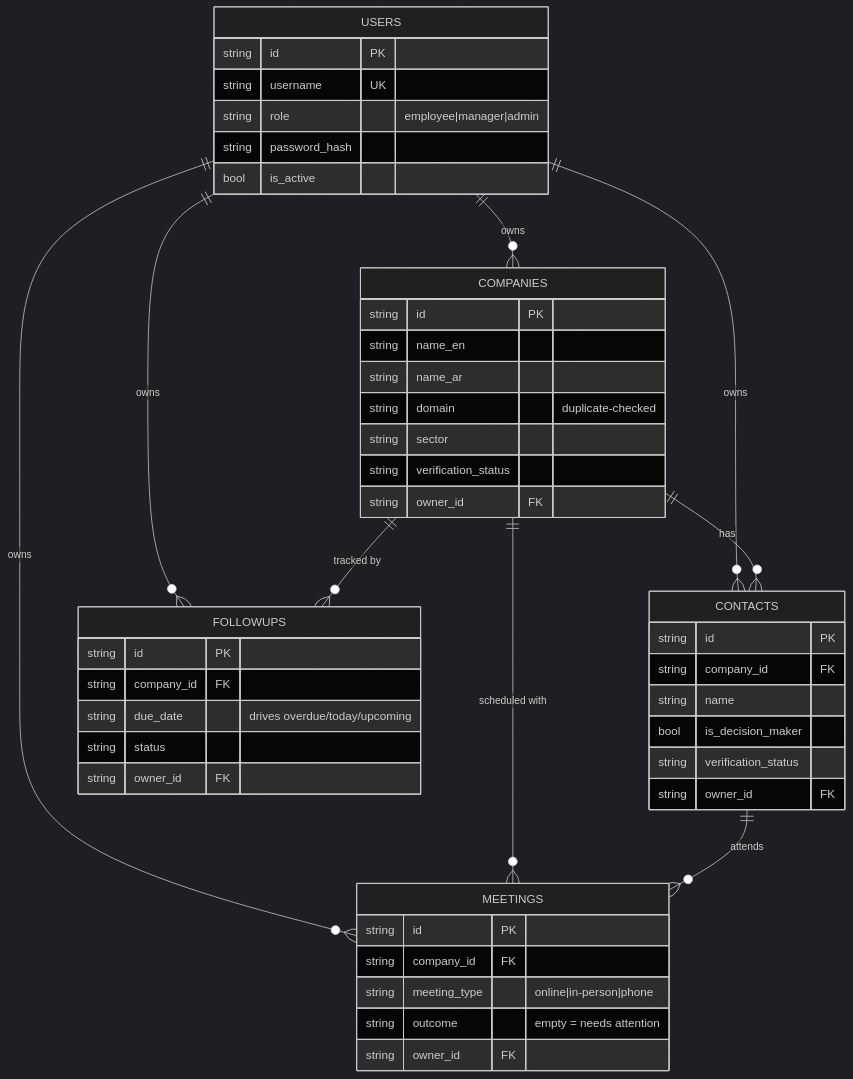
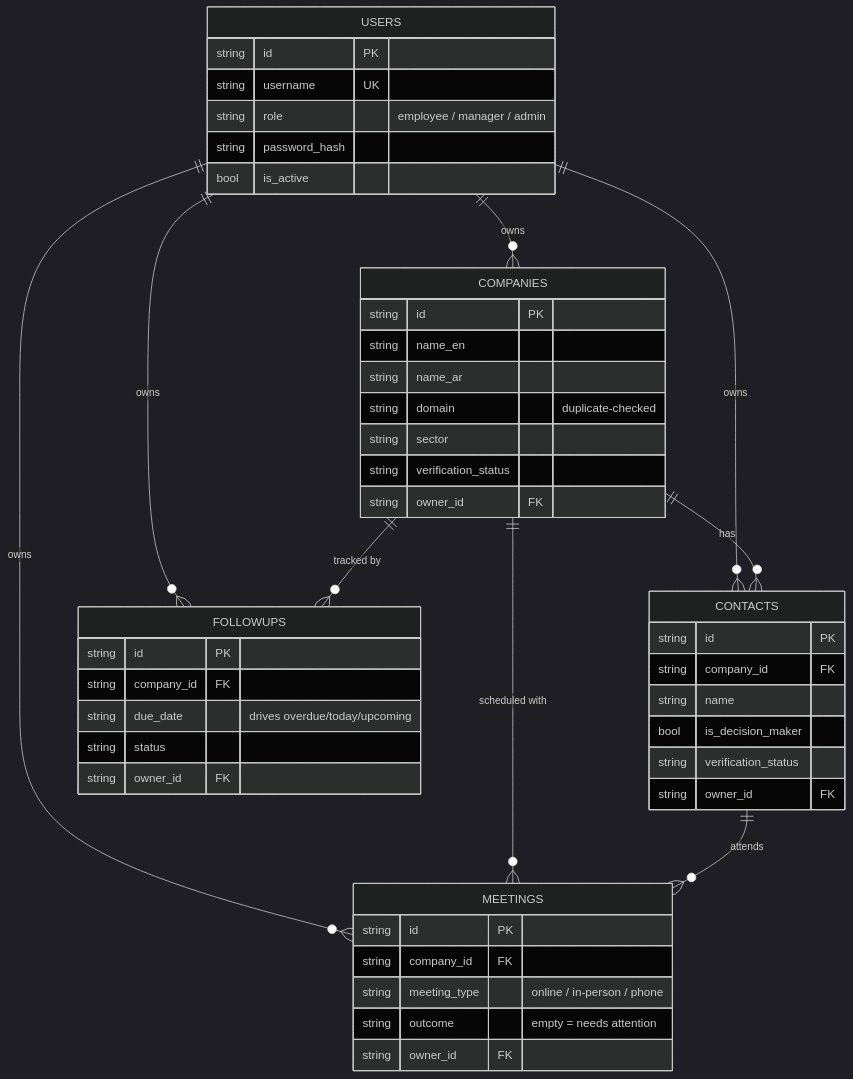
The fourth of 4 diagrams in README.md (bahaaed07706/GreenLead), drawn with Mermaid (dark theme) before and after one commit. The commit also changed other lines of this file, not shown here.

Commit message:
docs(readme): harden mermaid syntax for GitHub's renderer

````diff
--- a/README.md
+++ b/README.md
@@ -197,50 +197,50 @@
 ```mermaid
 erDiagram
     USERS ||--o{ COMPANIES : owns
     USERS ||--o{ CONTACTS : owns
     USERS ||--o{ FOLLOWUPS : owns
     USERS ||--o{ MEETINGS : owns
     COMPANIES ||--o{ CONTACTS : "has"
     COMPANIES ||--o{ FOLLOWUPS : "tracked by"
     COMPANIES ||--o{ MEETINGS : "scheduled with"
     CONTACTS ||--o{ MEETINGS : "attends"
 
     USERS {
         string id PK
         string username UK
-        string role "employee|manager|admin"
+        string role "employee / manager / admin"
         string password_hash
         bool   is_active
     }
     COMPANIES {
         string id PK
         string name_en
         string name_ar
         string domain "duplicate-checked"
         string sector
         string verification_status
         string owner_id FK
     }
     CONTACTS {
         string id PK
         string company_id FK
         string name
         bool   is_decision_maker
         string verification_status
         string owner_id FK
     }
     FOLLOWUPS {
         string id PK
         string company_id FK
         string due_date "drives overdue/today/upcoming"
         string status
         string owner_id FK
     }
     MEETINGS {
         string id PK
         string company_id FK
-        string meeting_type "online|in-person|phone"
+        string meeting_type "online / in-person / phone"
         string outcome "empty = needs attention"
         string owner_id FK
     }
 ```
````
